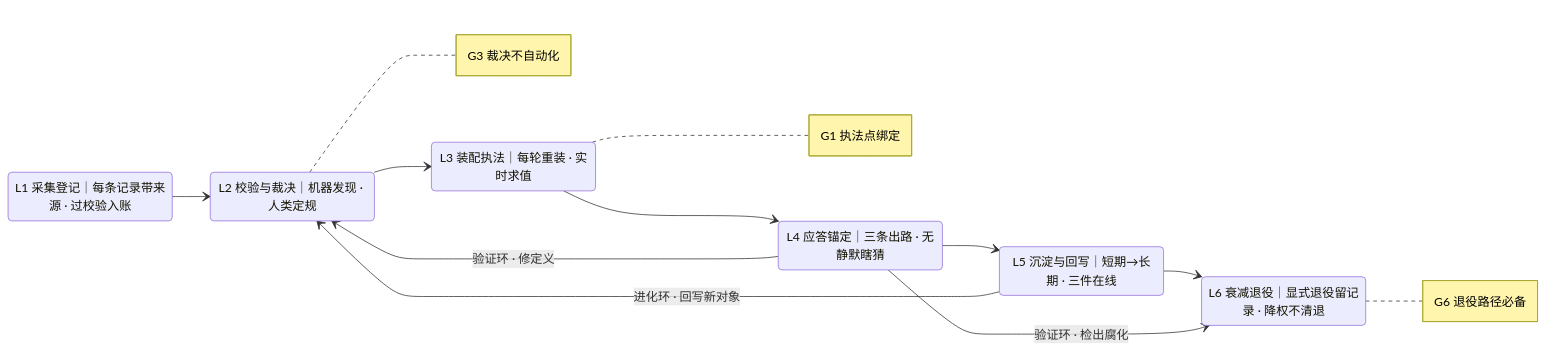
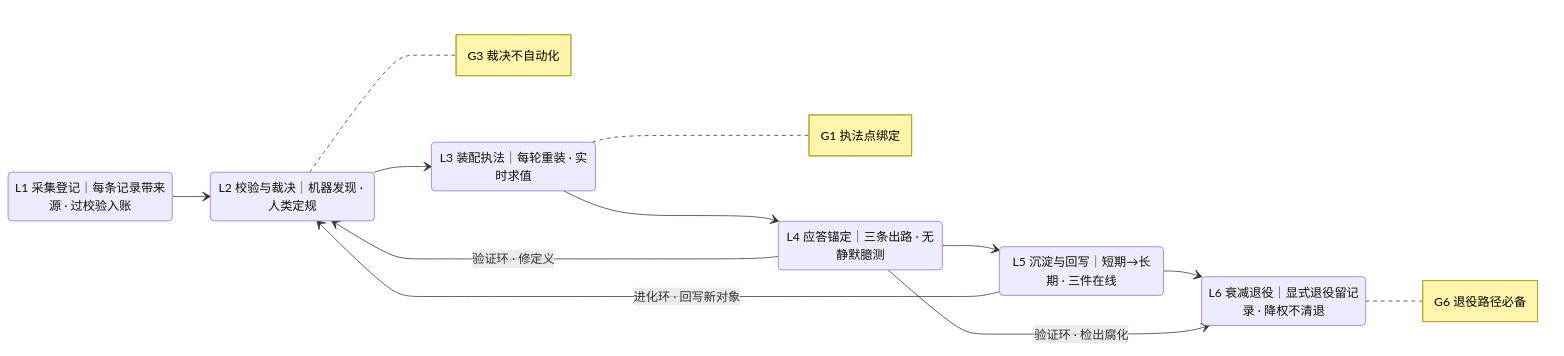
Before and after one commit to ThreeFish-AI/negentropy: the diagram in docs/assets/mermaid/cognitive-context/context-layer--lifecycle.mmd, drawn with Mermaid. The commit also changed 29 other files, not shown here.

```diff
--- a/docs/assets/mermaid/cognitive-context/context-layer--lifecycle.mmd
+++ b/docs/assets/mermaid/cognitive-context/context-layer--lifecycle.mmd
@@ -1,23 +1,23 @@
 %%source: docs/research/cognitive-context/013-context-layer-blueprint.md §9 时间面：生命周期六段两环（概览 §3.4；G1–G7 判据句 §9.5）
 %%slug: cognitive-context/context-layer--lifecycle
 %%type: lifecycle
 %%derived: archify lifecycle v1（首制 lifecycle 版式），由 dataflow v2 CGAVE 五段单程重绘为六段两环——验证环/进化环与主流程同级、G 法则绑定段间转换；旧图见 git 史
 stateDiagram-v2
     direction LR
     L1 : L1 采集登记｜每条记录带来源 · 过校验入账
     L2 : L2 校验与裁决｜机器发现 · 人类定规
     L3 : L3 装配执法｜每轮重装 · 实时求值
-    L4 : L4 应答锚定｜三条出路 · 无静默瞎猜
+    L4 : L4 应答锚定｜三条出路 · 无静默臆测
     L5 : L5 沉淀与回写｜短期→长期 · 三件在线
     L6 : L6 衰减退役｜显式退役留记录 · 降权不清退
     L1 --> L2
     L2 --> L3
     L3 --> L4
     L4 --> L5
     L5 --> L6
     L4 --> L2 : 验证环 · 修定义
     L4 --> L6 : 验证环 · 检出腐化
     L5 --> L2 : 进化环 · 回写新对象
     note right of L3 : G1 执法点绑定
     note right of L2 : G3 裁决不自动化
     note right of L6 : G6 退役路径必备
```
